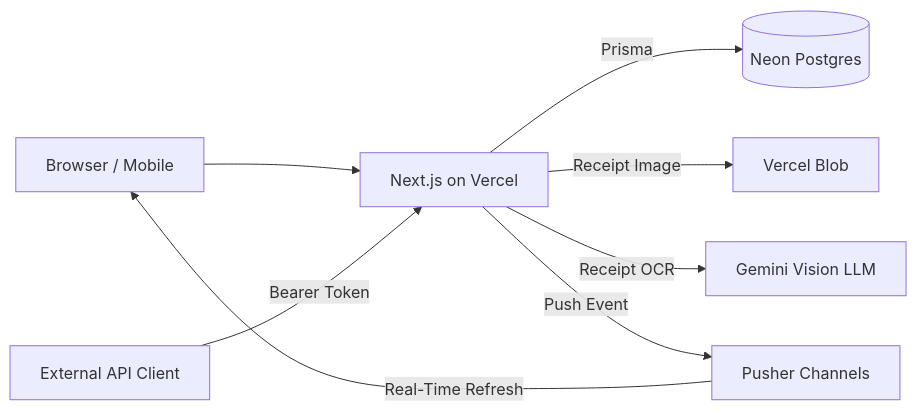
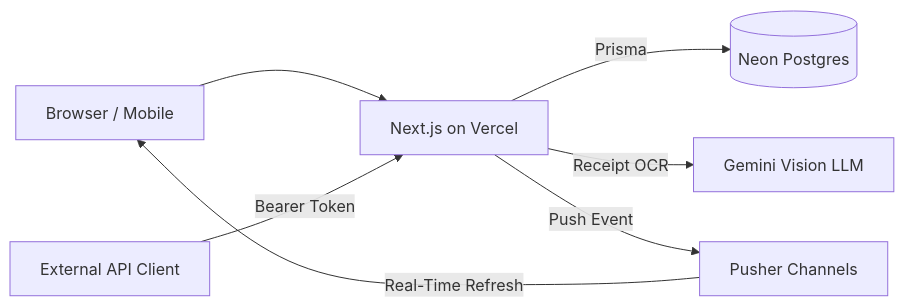
Before and after one commit to jmpei/slashsplit: the first of 2 diagrams in docs/PLAN.md, drawn with Mermaid. The commit also changed other lines of this file and 12 other files, not shown here.

````diff
--- a/docs/PLAN.md
+++ b/docs/PLAN.md
@@ -156,10 +155,9 @@
 ```mermaid
 flowchart LR
   U["Browser / Mobile"] --> N["Next.js on Vercel"]
   N -->|Prisma| DB[("Neon Postgres")]
-  N -->|Receipt Image| B["Vercel Blob"]
   N -->|Receipt OCR| AI["Gemini Vision LLM"]
   N -->|Push Event| P["Pusher Channels"]
   P -->|Real-Time Refresh| U
   EXT["External API Client"] -->|Bearer Token| N
 ```
````
